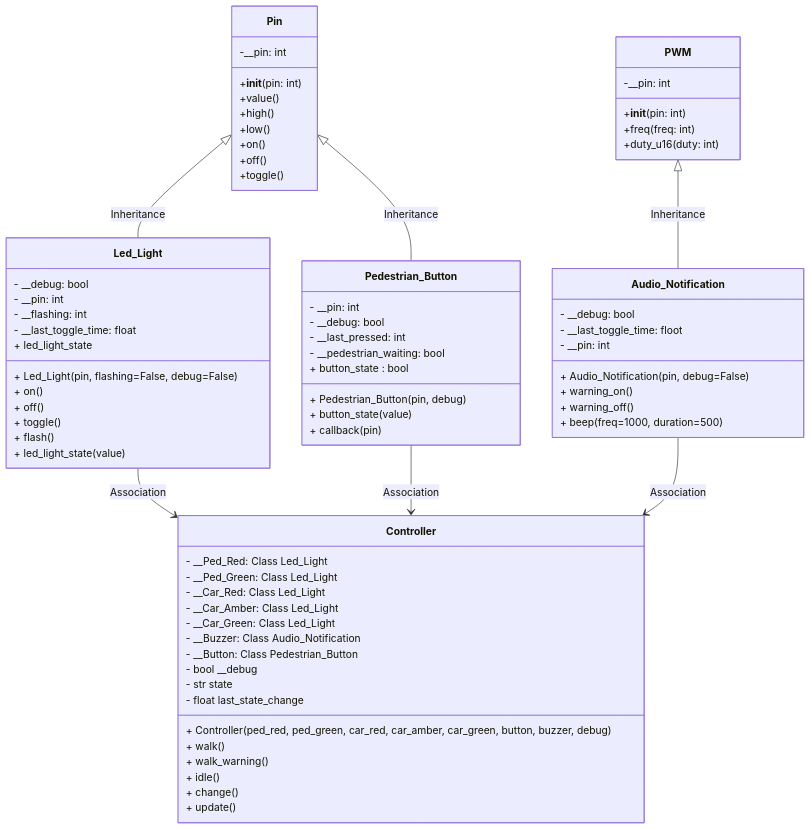
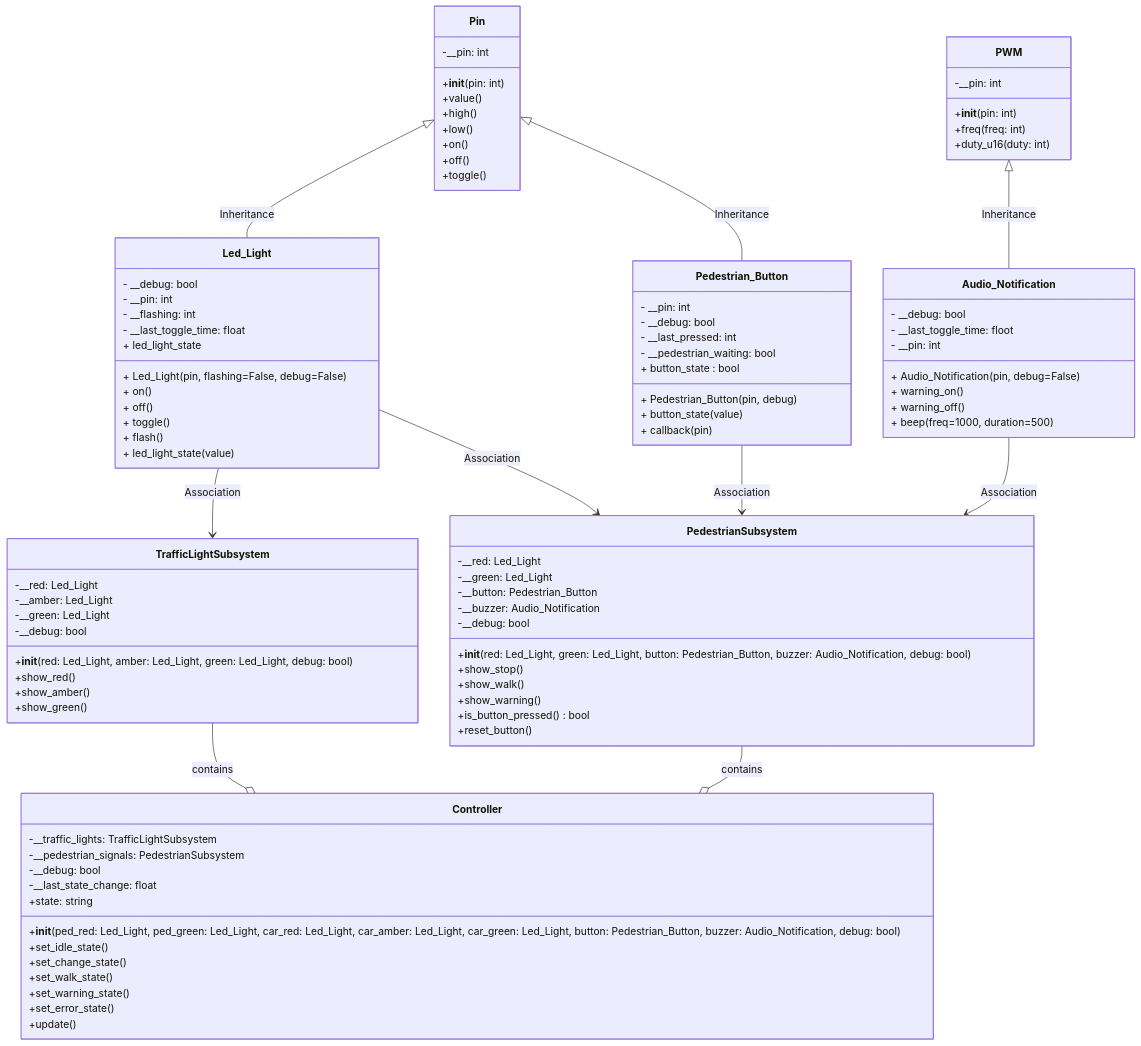
The diagram in README.md (TempeHS/MicroPython_OOP_Pi_Pico_Mini_Project_Source), drawn with Mermaid before and after one commit. The commit also changed 8 other files, not shown here.

````diff
--- a/README.md
+++ b/README.md
@@ -151,27 +151,50 @@
     }
     Pin <|-- Pedestrian_Button : Inheritance
 
+    class TrafficLightSubsystem {
+        -__red: Led_Light
+        -__amber: Led_Light
+        -__green: Led_Light
+        -__debug: bool
+        +__init__(red: Led_Light, amber: Led_Light, green: Led_Light, debug: bool)
+        +show_red()
+        +show_amber()
+        +show_green()
+    }
+    Led_Light --> TrafficLightSubsystem : Association
+
+    class PedestrianSubsystem {
+        -__red: Led_Light
+        -__green: Led_Light
+        -__button: Pedestrian_Button
+        -__buzzer: Audio_Notification
+        -__debug: bool
+        +__init__(red: Led_Light, green: Led_Light, button: Pedestrian_Button, buzzer: Audio_Notification, debug: bool)
+        +show_stop()
+        +show_walk()
+        +show_warning()
+        +is_button_pressed() bool
+        +reset_button()
+    }
+    Led_Light --> PedestrianSubsystem : Association
+    Audio_Notification --> PedestrianSubsystem : Association
+    Pedestrian_Button --> PedestrianSubsystem : Association
+
     class Controller {
-        - __Ped_Red: Class Led_Light
-        - __Ped_Green: Class Led_Light
-        - __Car_Red: Class Led_Light
-        - __Car_Amber: Class Led_Light
-        - __Car_Green: Class Led_Light
-        - __Buzzer: Class Audio_Notification
-        - __Button: Class Pedestrian_Button
-        - bool __debug
-        - str state
-        - float last_state_change
-        + Controller(ped_red, ped_green, car_red, car_amber, car_green, button, buzzer, debug)
-        + walk()
-        + walk_warning()
-        + idle()
-        + change()
-        + update()
-    }
+        -__traffic_lights: TrafficLightSubsystem
+        -__pedestrian_signals: PedestrianSubsystem
+        -__debug: bool
+        -__last_state_change: float
+        +state: string
+        +__init__(ped_red: Led_Light, ped_green: Led_Light, car_red: Led_Light, car_amber: Led_Light, car_green: Led_Light, button: Pedestrian_Button, buzzer: Audio_Notification, debug: bool)
+        +set_idle_state()
+        +set_change_state()
+        +set_walk_state() 
+        +set_warning_state()
+        +set_error_state()
+        +update()
+    }  
 
-    Led_Light --> Controller : Association
-    Audio_Notification --> Controller : Association
-    Pedestrian_Button --> Controller : Association
-
+    TrafficLightSubsystem --o Controller : contains
+    PedestrianSubsystem --o Controller : contains   
 ```
````
